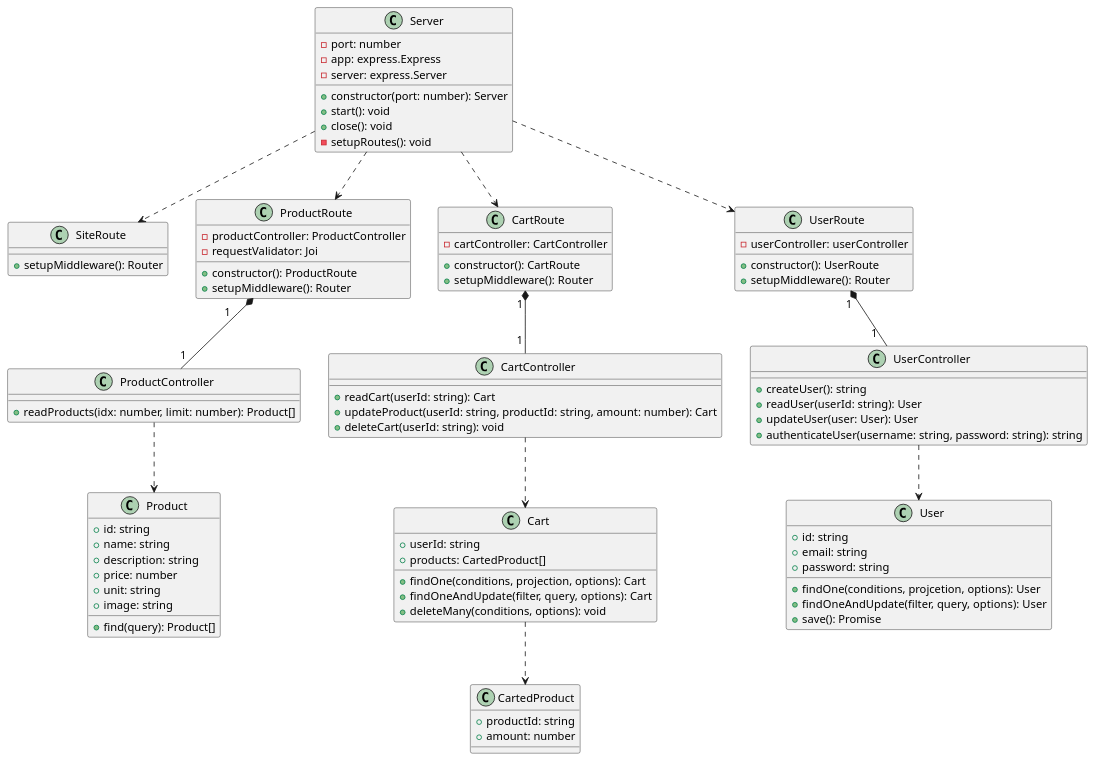
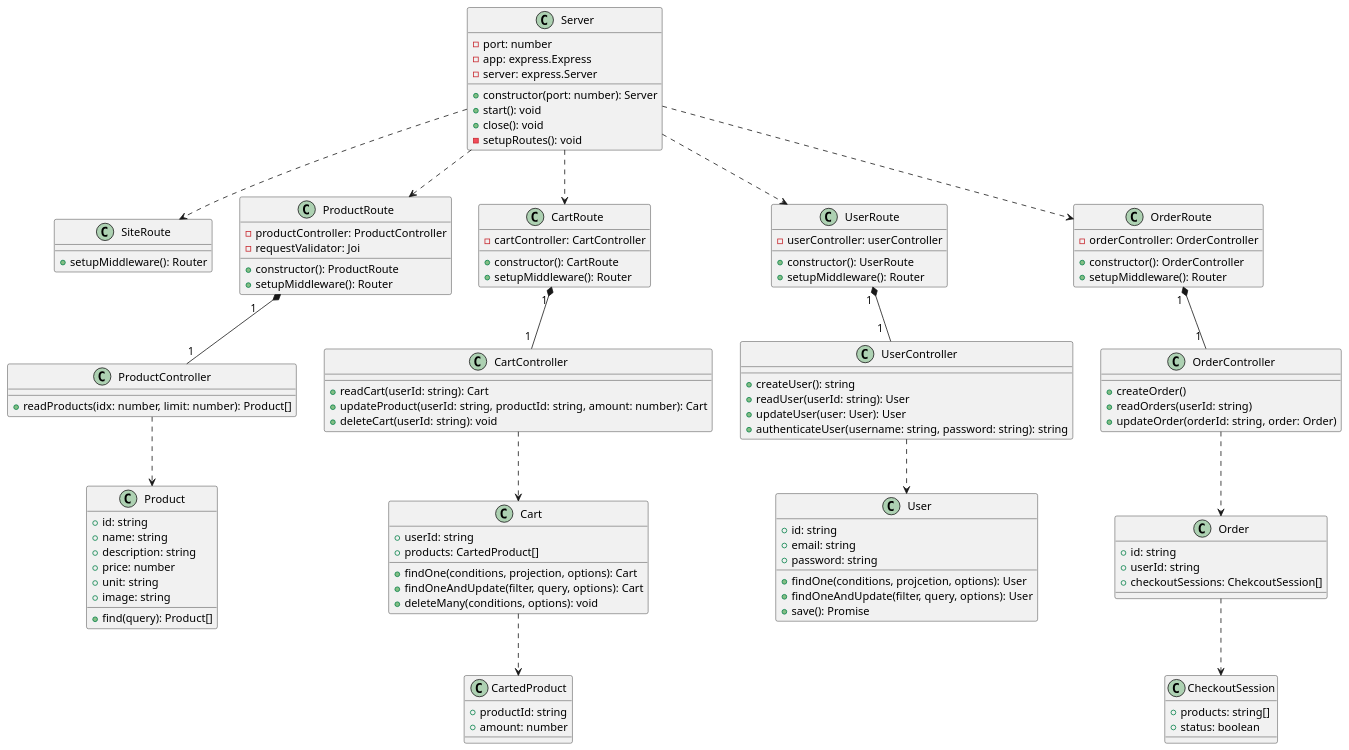
The diagram in diagram/class-diagram.puml (sofush/grontsag), drawn with PlantUML before and after one commit. The commit also changed 1 other file, not shown here.

Commit message:
docs: update class diagram and domain model

```diff
--- a/diagram/class-diagram.puml
+++ b/diagram/class-diagram.puml
@@ -1,100 +1,125 @@
 @startuml class diagram
 scale 1920*1080
 
 ' Classes
 class Server {
   - port: number
   - app: express.Express
   - server: express.Server
   + constructor(port: number): Server
   + start(): void
   + close(): void
   - setupRoutes(): void
 }
 class SiteRoute {
   + setupMiddleware(): Router
 }
 
 ' Classes - Product
 class ProductRoute {
   - productController: ProductController
   - requestValidator: Joi
   + constructor(): ProductRoute
   + setupMiddleware(): Router
 }
 class ProductController {
   + readProducts(idx: number, limit: number): Product[]
 }
 class Product {
   + id: string
   + name: string
   + description: string
   + price: number
   + unit: string
   + image: string
   + find(query): Product[]
 }
 
 ' Classes - Cart
 class CartRoute {
   - cartController: CartController
   + constructor(): CartRoute
   + setupMiddleware(): Router
 }
 class CartController {
   + readCart(userId: string): Cart
   + updateProduct(userId: string, productId: string, amount: number): Cart
   + deleteCart(userId: string): void
 }
 class Cart {
   + userId: string
   + products: CartedProduct[]
   + findOne(conditions, projection, options): Cart
   + findOneAndUpdate(filter, query, options): Cart
   + deleteMany(conditions, options): void
 }
 class CartedProduct {
   + productId: string
   + amount: number
 }
 
 ' Classes - User
 class UserRoute {
   - userController: userController
   + constructor(): UserRoute
   + setupMiddleware(): Router
 }
 class UserController {
   + createUser(): string
   + readUser(userId: string): User
   + updateUser(user: User): User
   + authenticateUser(username: string, password: string): string
 }
 class User {
   + id: string
   + email: string
   + password: string
   + findOne(conditions, projcetion, options): User
   + findOneAndUpdate(filter, query, options): User
   + save(): Promise
 }
 
+' Clases
+class OrderRoute {
+  - orderController: OrderController
+  + constructor(): OrderController
+  + setupMiddleware(): Router
+}
+class OrderController {
+  + createOrder()
+  + readOrders(userId: string)
+  + updateOrder(orderId: string, order: Order)
+}
+class Order {
+  + id: string
+  + userId: string
+  + checkoutSessions: ChekcoutSession[]
+}
+class CheckoutSession {
+  + products: string[]
+  + status: boolean
+}
+
 ' Relationships from Server to routes
 Server ..> ProductRoute
 Server ..> CartRoute
 Server ..> SiteRoute
 Server ..> UserRoute
+Server ..> OrderRoute
 
 ' Relationships from routes to controllers
 ProductRoute "1\t" *-- "1" ProductController
 CartRoute "1 " *-- "1 " CartController
 UserRoute "1 " *-- "1  " UserController
+OrderRoute "1 " *-- "1 " OrderController
 
 ' Relationships from controllers to models
 ProductController ..> Product
 CartController ..> Cart
 UserController ..> User
+OrderController ..> Order
 
 ' Relationships between models
 Cart ..> CartedProduct
+Order ..> CheckoutSession
 @enduml
```
